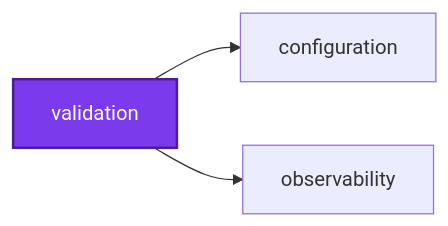
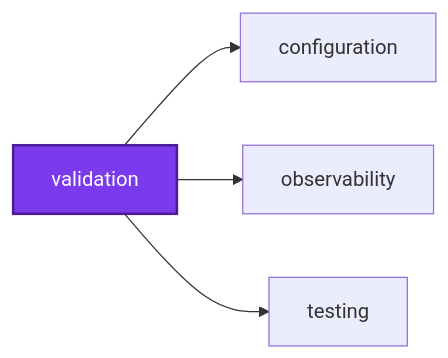
The first of 3 diagrams in validation/codependix.md (organizzolini/codebase), drawn with Mermaid before and after one commit. The commit also changed other lines of this file and 56 other files, not shown here.

````diff
--- a/validation/codependix.md
+++ b/validation/codependix.md
@@ -8,10 +8,12 @@
 ```mermaid
 graph LR
   configuration["configuration"]
   observability["observability"]
+  testing["testing"]
   validation["validation"]
   validation --> configuration
   validation --> observability
+  validation --> testing
   classDef subject fill:#7c3aed,color:#fff,stroke:#4c1d95,stroke-width:2px
   class validation subject
 ```
````
